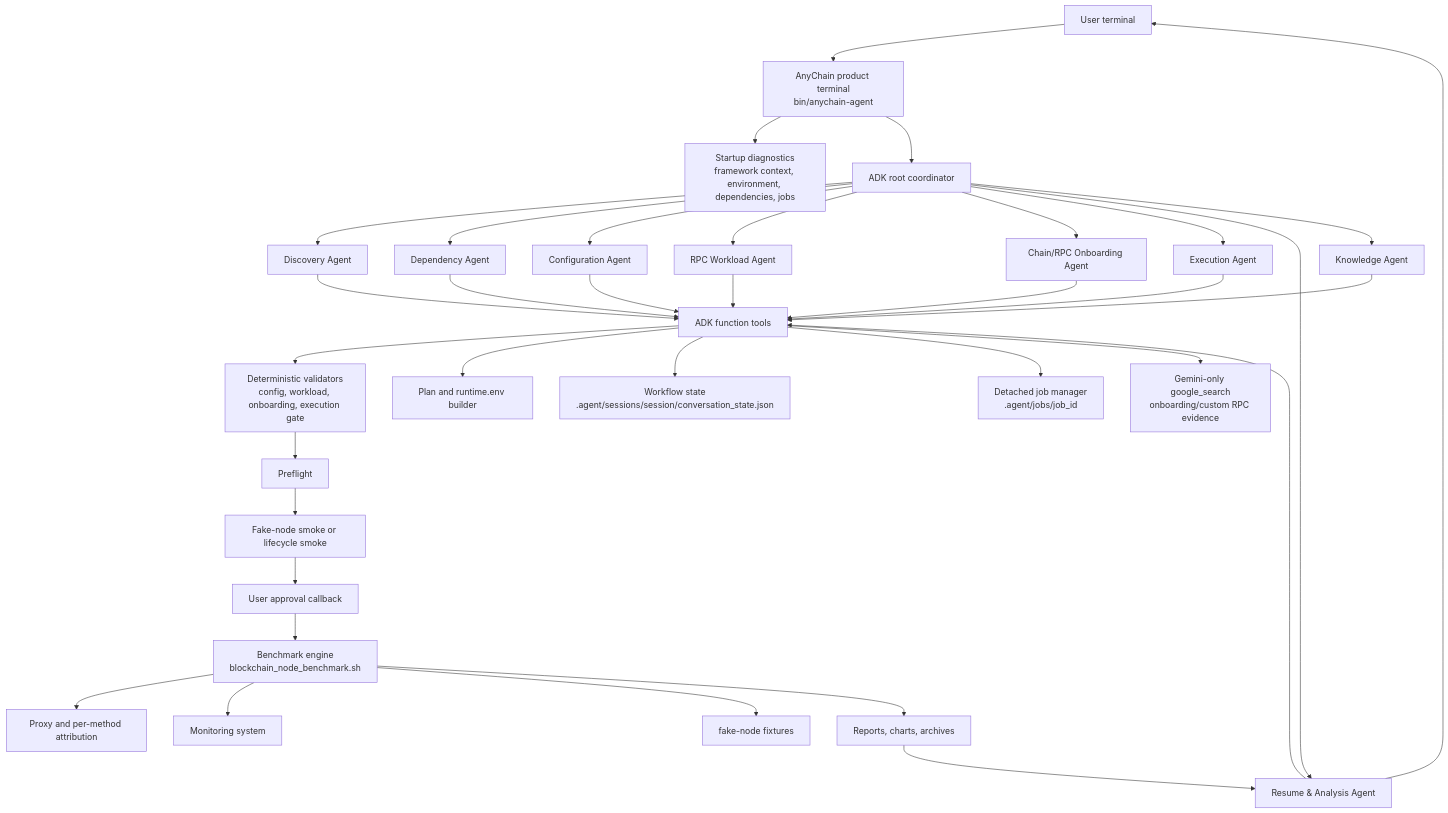
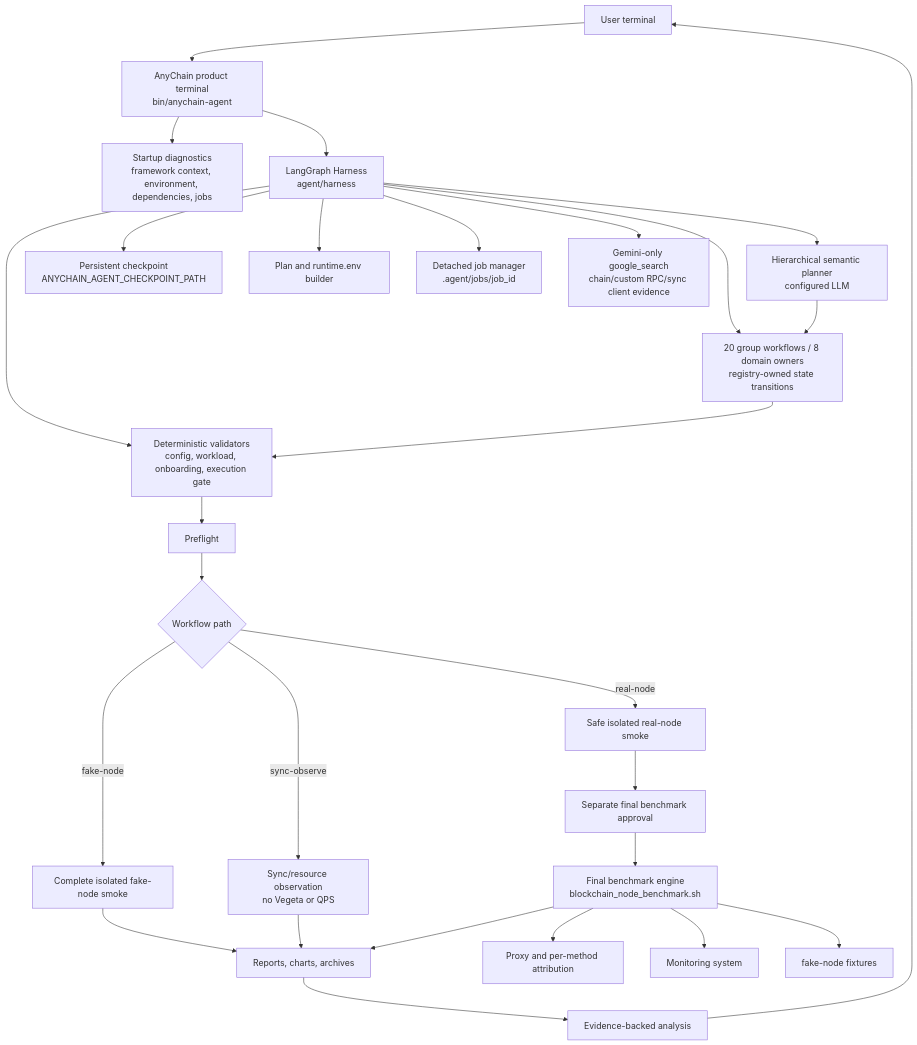
The first of 3 diagrams in docs/en/adk-agent-architecture.md (StayHungryStayFoolish/AnyChainBenchmarkAgent), drawn with Mermaid before and after one commit. The commit also changed other lines of this file and 458 other files, not shown here.

First line of the commit message:
feat(agent): stabilize workflows and add BSC sync metrics (#54)

````diff
--- a/docs/en/adk-agent-architecture.md
+++ b/docs/en/adk-agent-architecture.md
@@ -10,41 +80,33 @@
 ```mermaid
 flowchart TD
   U["User terminal"] --> T["AnyChain product terminal<br/>bin/anychain-agent"]
   T --> D["Startup diagnostics<br/>framework context, environment, dependencies, jobs"]
-  T --> R["ADK root coordinator"]
+  T --> H["LangGraph Harness<br/>agent/harness"]
 
-  R --> DS["Discovery Agent"]
-  R --> DEP["Dependency Agent"]
-  R --> CFG["Configuration Agent"]
-  R --> RPC["RPC Workload Agent"]
-  R --> ONB["Chain/RPC Onboarding Agent"]
-  R --> EXE["Execution Agent"]
-  R --> ANA["Resume & Analysis Agent"]
-  R --> KB["Knowledge Agent"]
+  H --> I["Hierarchical semantic planner<br/>configured LLM"]
+  H --> G["20 group workflows / 8 domain owners<br/>registry-owned state transitions"]
+  H --> S["Persistent checkpoint<br/>ANYCHAIN_AGENT_CHECKPOINT_PATH"]
+  H --> VAL["Deterministic validators<br/>config, workload, onboarding, execution gate"]
+  H --> PLAN["Plan and runtime.env builder"]
+  H --> JOB["Detached job manager<br/>.agent/jobs/job_id"]
+  H --> SEARCH["Gemini-only google_search<br/>chain/custom RPC/sync client evidence"]
 
-  DS --> TOOLS["ADK function tools"]
-  DEP --> TOOLS
-  CFG --> TOOLS
-  RPC --> TOOLS
-  ONB --> TOOLS
-  EXE --> TOOLS
-  ANA --> TOOLS
-  KB --> TOOLS
-
-  TOOLS --> VAL["Deterministic validators<br/>config, workload, onboarding, execution gate"]
-  TOOLS --> PLAN["Plan and runtime.env builder"]
-  TOOLS --> STATE["Workflow state<br/>.agent/sessions/session/conversation_state.json"]
-  TOOLS --> JOB["Detached job manager<br/>.agent/jobs/job_id"]
-  TOOLS --> SEARCH["Gemini-only google_search<br/>onboarding/custom RPC evidence"]
+  I --> G
+  G --> VAL
 
   VAL --> PRE["Preflight"]
-  PRE --> SMOKE["Fake-node smoke or lifecycle smoke"]
-  SMOKE --> APPROVE["User approval callback"]
-  APPROVE --> BENCH["Benchmark engine<br/>blockchain_node_benchmark.sh"]
+  PRE --> MODE{"Workflow path"}
+  MODE -->|"fake-node"| FSMOKE["Complete isolated fake-node smoke"]
+  MODE -->|"real-node"| RSMOKE["Safe isolated real-node smoke"]
+  RSMOKE --> APPROVE["Separate final benchmark approval"]
+  APPROVE --> BENCH["Final benchmark engine<br/>blockchain_node_benchmark.sh"]
+  MODE -->|"sync-observe"| SYNC["Sync/resource observation<br/>no Vegeta or QPS"]
+  FSMOKE --> ART["Reports, charts, archives"]
+  SYNC --> ART
   BENCH --> PROXY["Proxy and per-method attribution"]
   BENCH --> MON["Monitoring system"]
   BENCH --> FN["fake-node fixtures"]
-  BENCH --> ART["Reports, charts, archives"]
-  ART --> ANA
+  BENCH --> ART
+  ART --> ANA["Evidence-backed analysis"]
   ANA --> U
 ```
````
